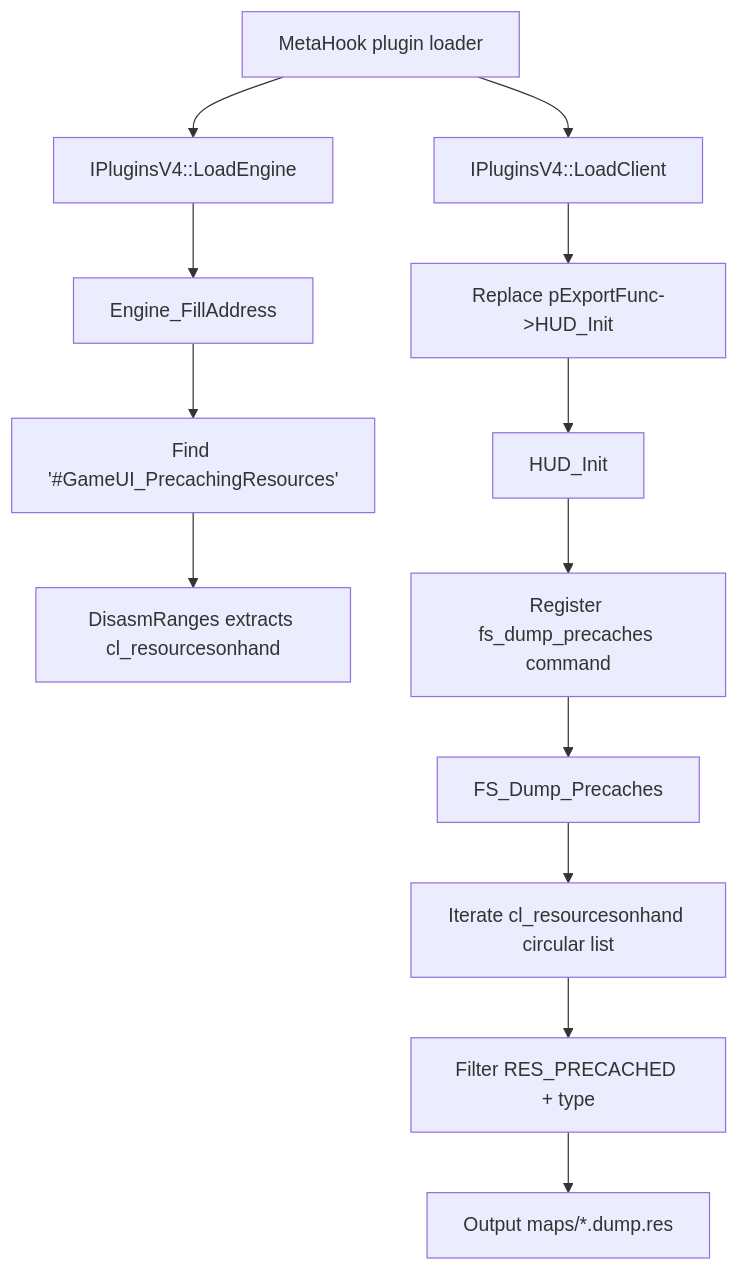
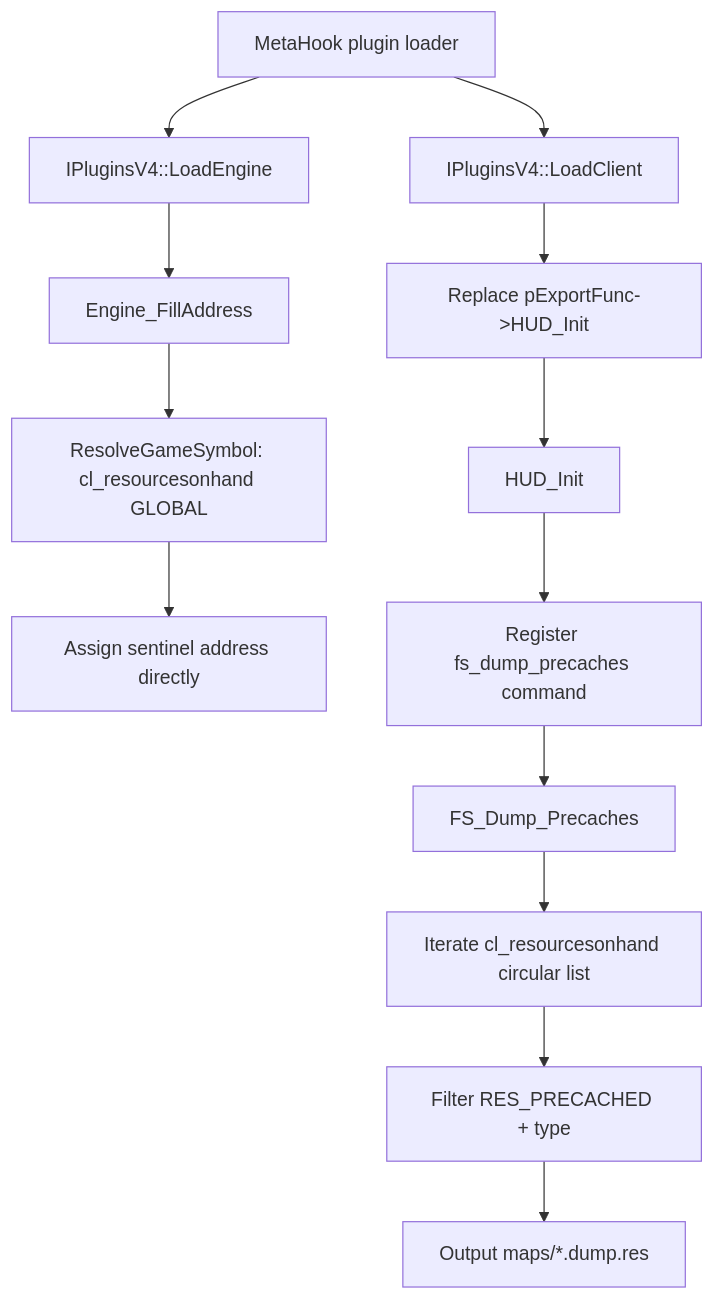
The diagram in memory/PrecacheManager.md (hzqst/MetaHookSv), drawn with Mermaid before and after one commit. The commit also changed other lines of this file and 8 other files, not shown here.

````diff
--- a/memory/PrecacheManager.md
+++ b/memory/PrecacheManager.md
@@ -39,17 +39,17 @@
 ```mermaid
 flowchart TD
     A[MetaHook plugin loader] --> B[IPluginsV4::LoadEngine]
     B --> C[Engine_FillAddress]
-    C --> D[Find '#GameUI_PrecachingResources']
-    D --> E[DisasmRanges extracts cl_resourcesonhand]
+    C --> D[ResolveGameSymbol: cl_resourcesonhand GLOBAL]
+    D --> E[Assign sentinel address directly]
 
     A --> F[IPluginsV4::LoadClient]
     F --> G[Replace pExportFunc->HUD_Init]
     G --> H[HUD_Init]
     H --> I[Register fs_dump_precaches command]
 
     I --> J[FS_Dump_Precaches]
     J --> K[Iterate cl_resourcesonhand circular list]
     K --> L[Filter RES_PRECACHED + type]
     L --> M[Output maps/*.dump.res]
 ```
````
